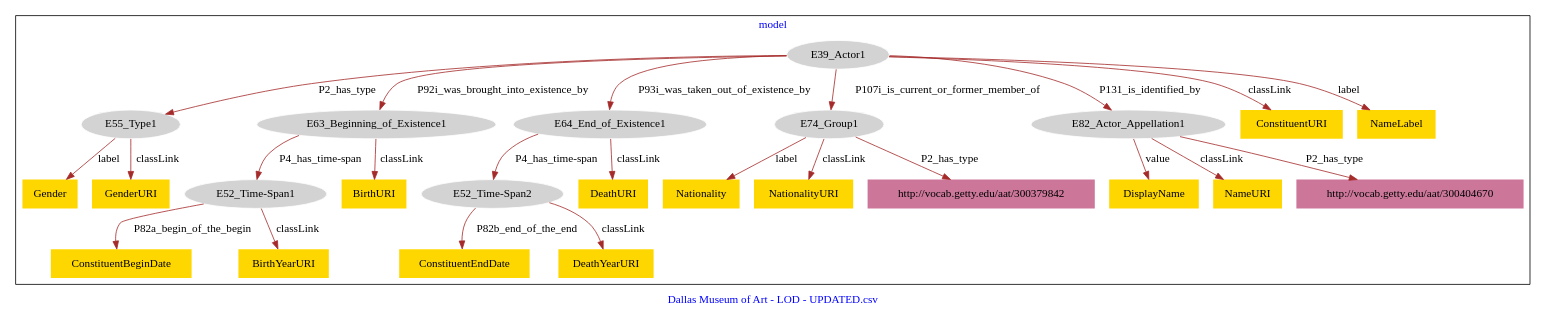
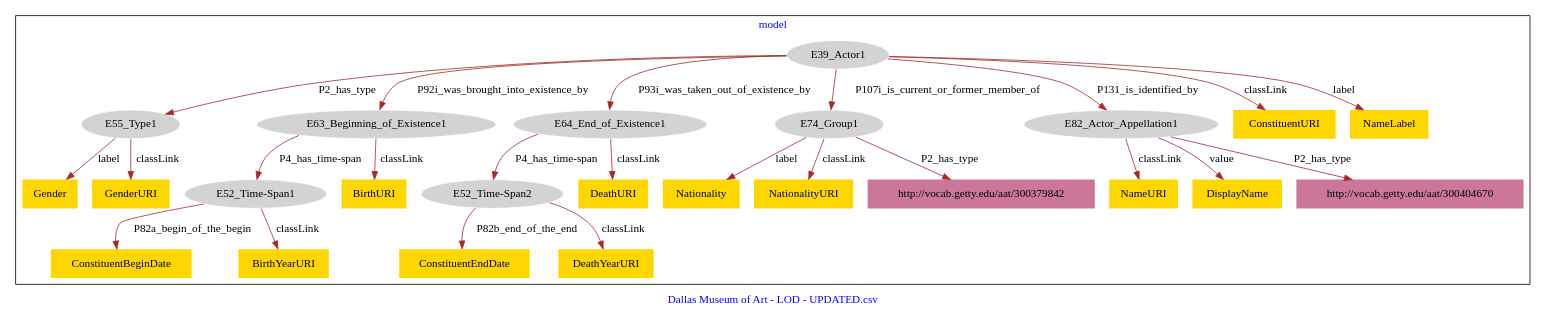
Before and after one commit to american-art/DMA: the diagram in Constituents/DMA_Constituents-model.dot, drawn with Graphviz.

Commit message:
Update file DMA_Constituents-model.dot

```diff
--- a/Constituents/DMA_Constituents-model.dot
+++ b/Constituents/DMA_Constituents-model.dot
@@ -1,55 +1,55 @@
 digraph n0 {
 fontcolor="blue"
 remincross="true"
 label="Dallas Museum of Art - LOD - UPDATED.csv"
 subgraph cluster {
 label="model"
 n2[style="filled",color="white",fillcolor="lightgray",label="E39_Actor1"];
 n3[style="filled",color="white",fillcolor="lightgray",label="E55_Type1"];
 n4[style="filled",color="white",fillcolor="lightgray",label="E63_Beginning_of_Existence1"];
 n5[style="filled",color="white",fillcolor="lightgray",label="E64_End_of_Existence1"];
 n6[style="filled",color="white",fillcolor="lightgray",label="E74_Group1"];
 n7[style="filled",color="white",fillcolor="lightgray",label="E82_Actor_Appellation1"];
 n8[style="filled",color="white",fillcolor="lightgray",label="E52_Time-Span1"];
 n9[style="filled",color="white",fillcolor="lightgray",label="E52_Time-Span2"];
 n10[shape="plaintext",style="filled",fillcolor="gold",label="Nationality"];
-n11[shape="plaintext",style="filled",fillcolor="gold",label="ConstituentURI"];
-n12[shape="plaintext",style="filled",fillcolor="gold",label="ConstituentBeginDate"];
+n11[shape="plaintext",style="filled",fillcolor="gold",label="ConstituentBeginDate"];
+n12[shape="plaintext",style="filled",fillcolor="gold",label="NameURI"];
 n13[shape="plaintext",style="filled",fillcolor="gold",label="DisplayName"];
-n14[shape="plaintext",style="filled",fillcolor="gold",label="NationalityURI"];
-n15[shape="plaintext",style="filled",fillcolor="gold",label="Gender"];
-n16[shape="plaintext",style="filled",fillcolor="gold",label="NameLabel"];
-n17[shape="plaintext",style="filled",fillcolor="gold",label="ConstituentEndDate"];
-n18[shape="plaintext",style="filled",fillcolor="gold",label="NameURI"];
-n19[shape="plaintext",style="filled",fillcolor="gold",label="GenderURI"];
-n20[shape="plaintext",style="filled",fillcolor="gold",label="DeathURI"];
-n21[shape="plaintext",style="filled",fillcolor="gold",label="BirthURI"];
-n22[shape="plaintext",style="filled",fillcolor="gold",label="BirthYearURI"];
+n14[shape="plaintext",style="filled",fillcolor="gold",label="Gender"];
+n15[shape="plaintext",style="filled",fillcolor="gold",label="ConstituentURI"];
+n16[shape="plaintext",style="filled",fillcolor="gold",label="ConstituentEndDate"];
+n17[shape="plaintext",style="filled",fillcolor="gold",label="BirthYearURI"];
+n18[shape="plaintext",style="filled",fillcolor="gold",label="BirthURI"];
+n19[shape="plaintext",style="filled",fillcolor="gold",label="NationalityURI"];
+n20[shape="plaintext",style="filled",fillcolor="gold",label="GenderURI"];
+n21[shape="plaintext",style="filled",fillcolor="gold",label="DeathURI"];
+n22[shape="plaintext",style="filled",fillcolor="gold",label="NameLabel"];
 n23[shape="plaintext",style="filled",fillcolor="gold",label="DeathYearURI"];
 n24[shape="plaintext",style="filled",fillcolor="#CC7799",label="http://vocab.getty.edu/aat/300379842"];
 n25[shape="plaintext",style="filled",fillcolor="#CC7799",label="http://vocab.getty.edu/aat/300404670"];
 }
 n2 -> n3[color="brown",fontcolor="black",label="P2_has_type"]
 n2 -> n4[color="brown",fontcolor="black",label="P92i_was_brought_into_existence_by"]
 n2 -> n5[color="brown",fontcolor="black",label="P93i_was_taken_out_of_existence_by"]
 n2 -> n6[color="brown",fontcolor="black",label="P107i_is_current_or_former_member_of"]
 n2 -> n7[color="brown",fontcolor="black",label="P131_is_identified_by"]
 n4 -> n8[color="brown",fontcolor="black",label="P4_has_time-span"]
 n5 -> n9[color="brown",fontcolor="black",label="P4_has_time-span"]
 n6 -> n10[color="brown",fontcolor="black",label="label"]
-n2 -> n11[color="brown",fontcolor="black",label="classLink"]
-n8 -> n12[color="brown",fontcolor="black",label="P82a_begin_of_the_begin"]
+n8 -> n11[color="brown",fontcolor="black",label="P82a_begin_of_the_begin"]
+n7 -> n12[color="brown",fontcolor="black",label="classLink"]
 n7 -> n13[color="brown",fontcolor="black",label="value"]
-n6 -> n14[color="brown",fontcolor="black",label="classLink"]
-n3 -> n15[color="brown",fontcolor="black",label="label"]
-n2 -> n16[color="brown",fontcolor="black",label="label"]
-n9 -> n17[color="brown",fontcolor="black",label="P82b_end_of_the_end"]
-n7 -> n18[color="brown",fontcolor="black",label="classLink"]
-n3 -> n19[color="brown",fontcolor="black",label="classLink"]
-n5 -> n20[color="brown",fontcolor="black",label="classLink"]
-n4 -> n21[color="brown",fontcolor="black",label="classLink"]
-n8 -> n22[color="brown",fontcolor="black",label="classLink"]
+n3 -> n14[color="brown",fontcolor="black",label="label"]
+n2 -> n15[color="brown",fontcolor="black",label="classLink"]
+n9 -> n16[color="brown",fontcolor="black",label="P82b_end_of_the_end"]
+n8 -> n17[color="brown",fontcolor="black",label="classLink"]
+n4 -> n18[color="brown",fontcolor="black",label="classLink"]
+n6 -> n19[color="brown",fontcolor="black",label="classLink"]
+n3 -> n20[color="brown",fontcolor="black",label="classLink"]
+n5 -> n21[color="brown",fontcolor="black",label="classLink"]
+n2 -> n22[color="brown",fontcolor="black",label="label"]
 n9 -> n23[color="brown",fontcolor="black",label="classLink"]
 n6 -> n24[color="brown",fontcolor="black",label="P2_has_type"]
 n7 -> n25[color="brown",fontcolor="black",label="P2_has_type"]
 }
```
